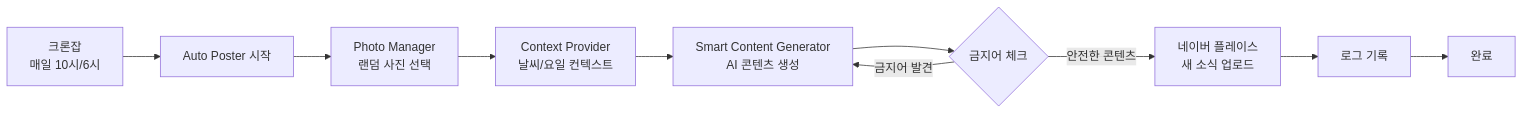
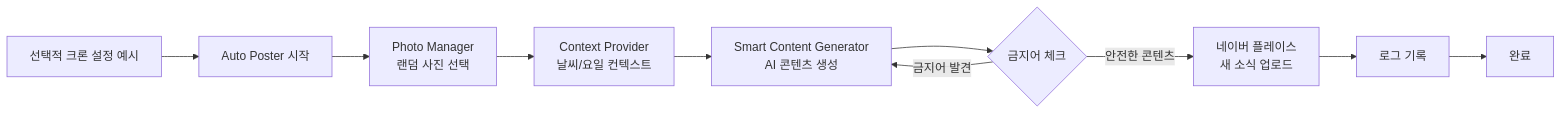
The second of 3 diagrams in README.md (seolmiseon/majangdong_daughter_ai), drawn with Mermaid before and after one commit. The commit also changed other lines of this file, not shown here.

````diff
--- a/README.md
+++ b/README.md
@@ -168,12 +170,12 @@
 ```mermaid
 graph LR
-    A[크론잡<br/>매일 10시/6시] --> B[Auto Poster 시작]
+    A[선택적 크론 설정 예시] --> B[Auto Poster 시작]
     B --> C[Photo Manager<br/>랜덤 사진 선택]
     C --> D[Context Provider<br/>날씨/요일 컨텍스트]
     D --> E[Smart Content Generator<br/>AI 콘텐츠 생성]
     E --> F{금지어 체크}
     F -->|금지어 발견| E
     F -->|안전한 콘텐츠| G[네이버 플레이스<br/>새 소식 업로드]
     G --> H[로그 기록]
     H --> I[완료]
 ```
````
